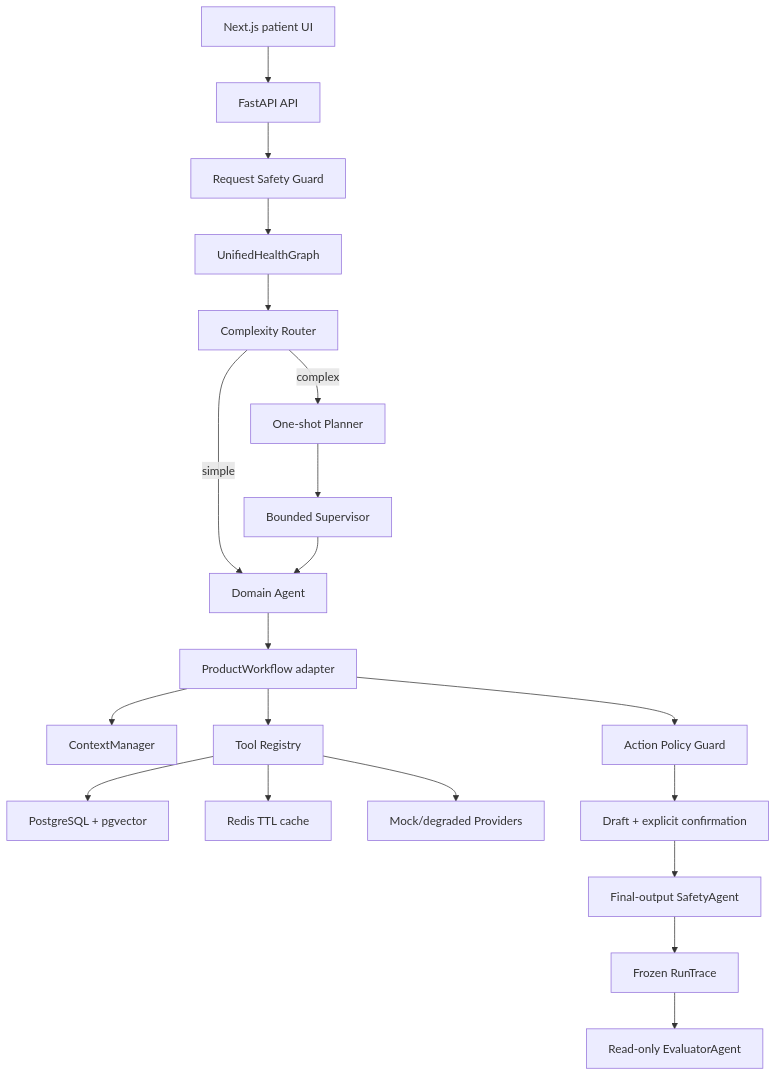
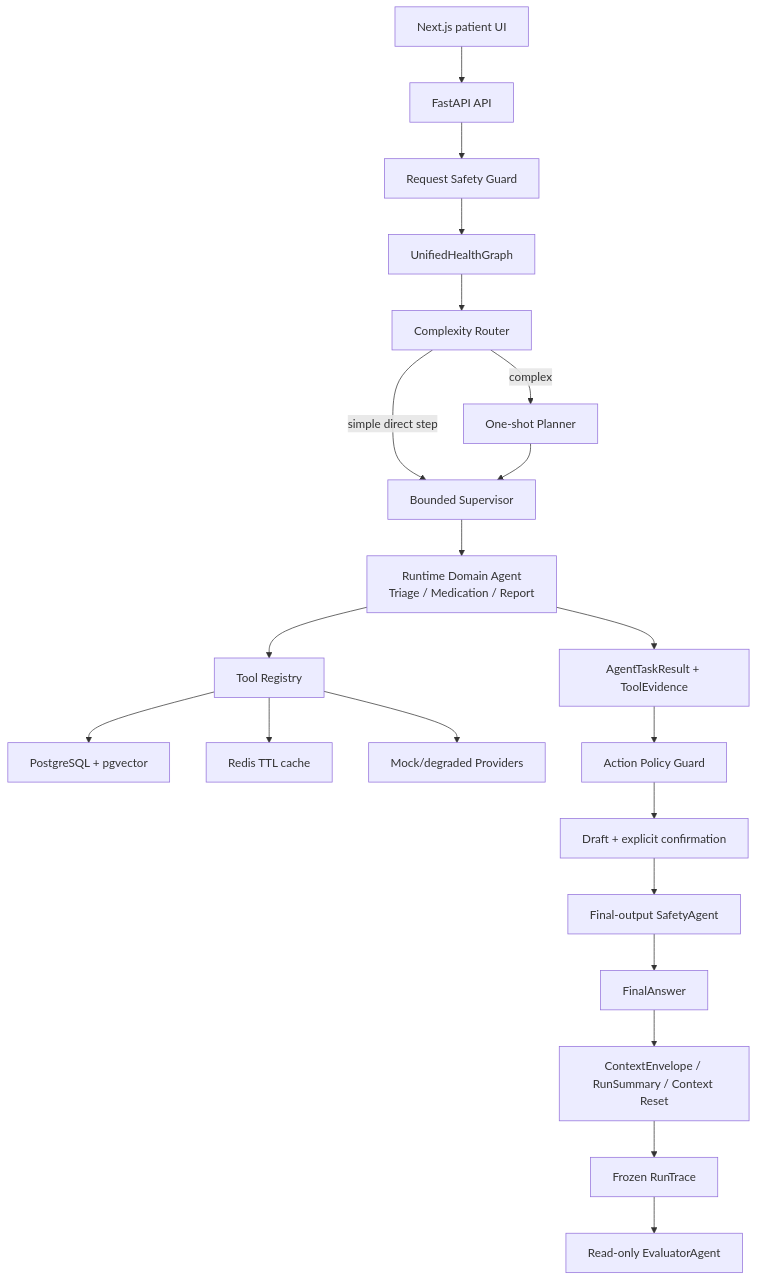
One commit to dadiaochen/hospital-agent changed the diagram in README.md. Above: the diagram before and after it, drawn with Mermaid. The commit also changed other lines of this file and 118 other files, not shown here.

````diff
--- a/README.md
+++ b/README.md
@@ -22,22 +22,23 @@
 ```mermaid
 flowchart TB
     UI["Next.js patient UI"] --> API["FastAPI API"]
     API --> GUARD1["Request Safety Guard"]
     GUARD1 --> GRAPH["UnifiedHealthGraph"]
     GRAPH --> ROUTER["Complexity Router"]
-    ROUTER -->|"simple"| DOMAIN["Domain Agent"]
+    ROUTER -->|"simple direct step"| SUP["Bounded Supervisor executor"]
     ROUTER -->|"complex"| PLAN["One-shot Planner"]
     PLAN --> SUP["Bounded Supervisor"]
-    SUP --> DOMAIN
-    DOMAIN --> FLOW["ProductWorkflow adapter"]
-    FLOW --> CTX["ContextManager"]
-    FLOW --> TOOLS["Tool Registry"]
+    SUP --> DOMAIN["Runtime Domain Agent\nTriage / Medication / Report"]
+    DOMAIN --> TOOLS["Tool Registry"]
     TOOLS --> DB["PostgreSQL + pgvector"]
     TOOLS --> CACHE["Redis TTL cache"]
     TOOLS --> PROVIDERS["Mock/degraded Providers"]
-    FLOW --> GUARD2["Action Policy Guard"]
+    DOMAIN --> RESULT["AgentTaskResult + ToolEvidence"]
+    RESULT --> GUARD2["Action Policy Guard"]
     GUARD2 --> CONFIRM["Draft + explicit confirmation"]
     CONFIRM --> GUARD3["Final-output SafetyAgent"]
-    GUARD3 --> TRACE["Frozen RunTrace"]
+    GUARD3 --> ANSWER["FinalAnswer"]
+    ANSWER --> CTX["ContextEnvelope / RunSummary / Context Reset"]
+    CTX --> TRACE["Frozen RunTrace"]
     TRACE --> EVAL["Read-only EvaluatorAgent"]
 ```
````
